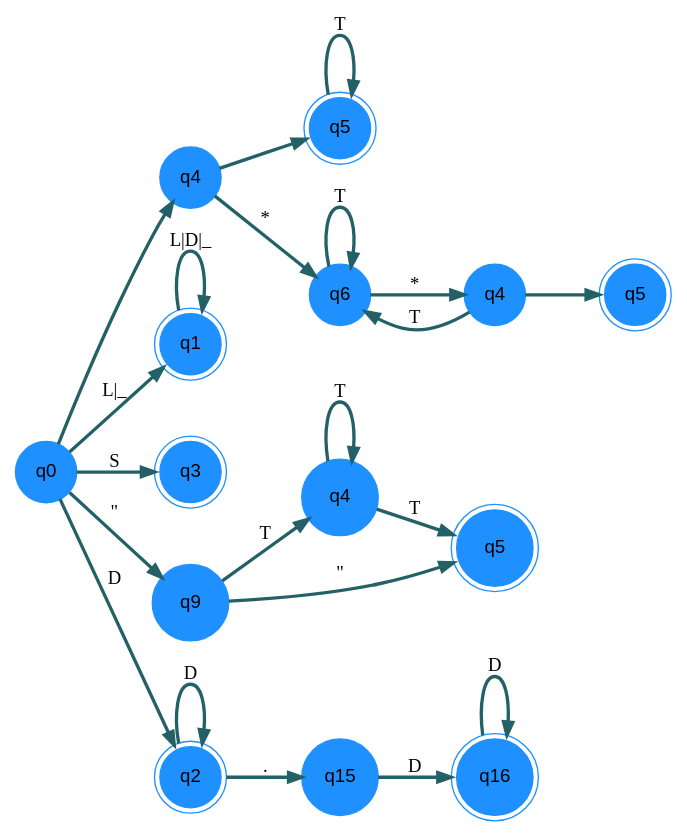
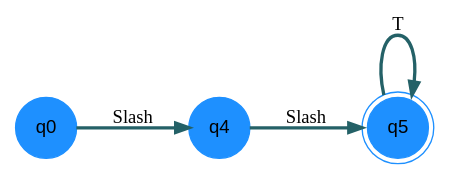
The diagram in ReporteGrafico/grafo.dot (hr9457/OLC1_Proyecto1_201314296), drawn with Graphviz before and after one commit. The commit also changed 6 other files, not shown here.

```diff
--- a/ReporteGrafico/grafo.dot
+++ b/ReporteGrafico/grafo.dot
@@ -1,41 +1,12 @@
 digraph automa {
 nodesep=0.6;
 rankdir=LR;
 node [shape = circle, color=dodgerblue,style=filled,fontname ="helvetica"];
 edge[penwidth=2.5, color="#246167"]
 nodoRaiz[label="q0"];
 nodoSlash [shape=circle, label="q4"];
 nodoTodillo [shape=doublecircle, label="q5"];
-nodoRaiz->nodoSlash [label=" \ "];
-nodoSlash->nodoTodillo [label=" \ "];
+nodoRaiz->nodoSlash [label=" Slash\ "];
+nodoSlash->nodoTodillo [label=" Slash\ "];
 nodoTodillo->nodoTodillo [label=" T "];
-nodoAsterisco [shape=circle, label="q6"];
-nodoAsterisco2 [shape=circle, label="q4"];
-nodoSlashFinal [shape=doublecircle, label="q5"];
-nodoSlash->nodoAsterisco [label=" * "];
-nodoAsterisco->nodoAsterisco [label=" T "];
-nodoAsterisco->nodoAsterisco2 [label=" * "];
-nodoAsterisco2->nodoAsterisco [label=" T "];
-nodoAsterisco2->nodoSlashFinal [label=" \ "]; 
-nodoLetra[shape=doublecircle,label="q1"];
-nodoRaiz->nodoLetra[label="L|_"];
-nodoLetra->nodoLetra[label="L|D|_"];
-nodoSimbolo [shape=doublecircle, label="q3"];
-nodoRaiz->nodoSimbolo[label="S"];
-nodoComilla1 [shape=circle, label=" q9 "];
-nodoT [shape=circle, label=" q4 "];
-nodoComilla2 [shape=doublecircle, label=" q5 "];
-nodoRaiz->nodoComilla1 [label=" \" "];
-nodoComilla1->nodoT [label=" T "];
-nodoT->nodoT [label=" T "];
-nodoT->nodoComilla2 [label=" T "];
-nodoComilla1->nodoComilla2 [label=" \" "]; 
-nodoDigito[shape=doublecircle,label="q2"];
-nodoRaiz->nodoDigito[label="D"];
-nodoDigito->nodoDigito[label="D"];
-nodoPunto[shape=circle,label="q15"];
-nodoDecimal[shape=doublecircle,label="q16"];
-nodoDigito->nodoPunto[label="."];
-nodoPunto->nodoDecimal[label="D"];
-nodoDecimal->nodoDecimal[label="D"];
 }
```
